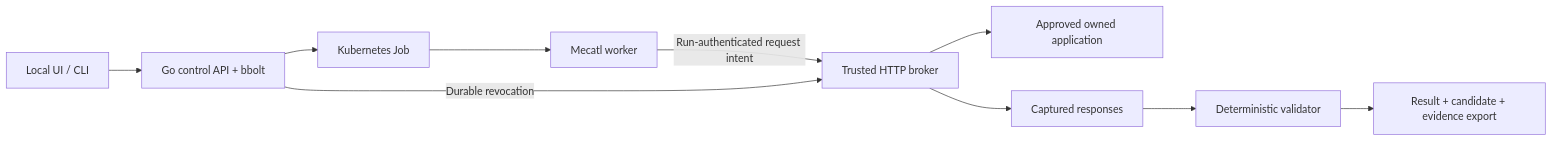
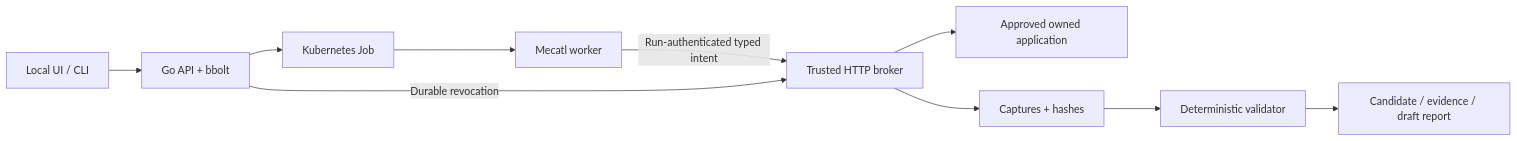
The diagram in docs/design.md (Sanskarzz/tsunami), drawn with Mermaid before and after one commit. The commit also changed other lines of this file and 34 other files, not shown here.

````diff
--- a/docs/design.md
+++ b/docs/design.md
@@ -9,12 +5,12 @@
 ```mermaid
 flowchart LR
-    UI[Local UI / CLI] --> CP[Go control API + bbolt]
-    CP --> JOB[Kubernetes Job]
-    JOB --> W[Mecatl worker]
-    W -->|Run-authenticated request intent| B[Trusted HTTP broker]
+    UI[Local UI / CLI] --> CP[Go API + bbolt]
+    CP --> J[Kubernetes Job]
+    J --> W[Mecatl worker]
+    W -->|Run-authenticated typed intent| B[Trusted HTTP broker]
     B --> T[Approved owned application]
-    B --> E[Captured responses]
+    B --> E[Captures + hashes]
     E --> V[Deterministic validator]
-    V --> R[Result + candidate + evidence export]
+    V --> R[Candidate / evidence / draft report]
     CP -->|Durable revocation| B
 ```
````
